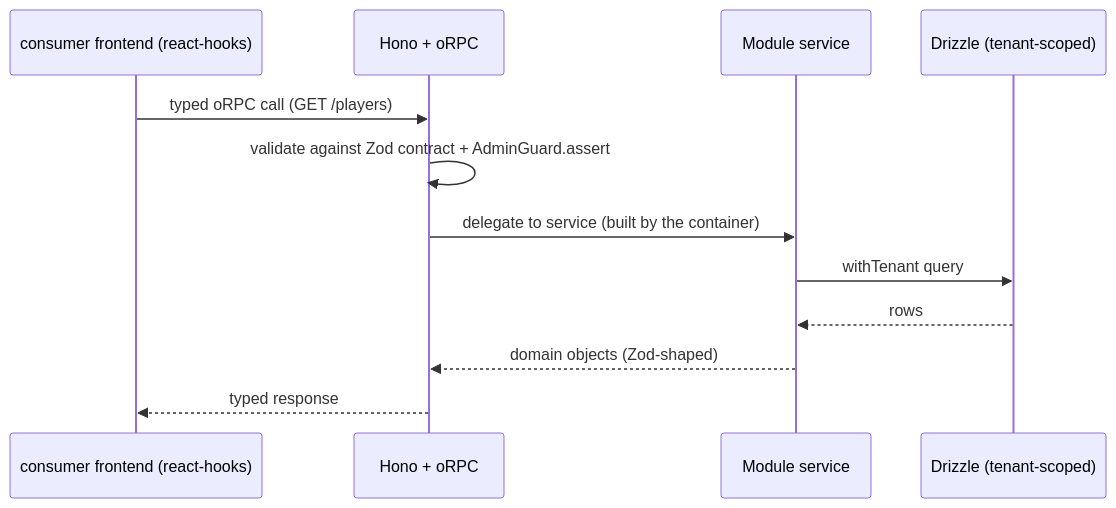
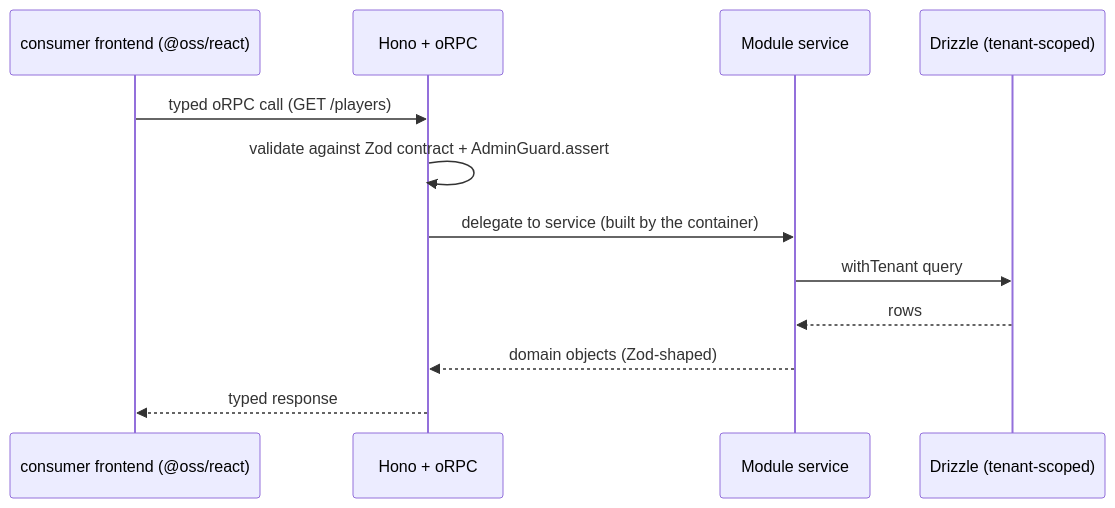
The second of 2 diagrams in docs/architecture.md (blurifycom/openora), drawn with Mermaid before and after one commit. The commit also changed other lines of this file and 36 other files, not shown here.

First line of the commit message:
refactor: rename @oss/react-hooks to @oss/react

````diff
--- a/docs/architecture.md
+++ b/docs/architecture.md
@@ -127,15 +125,15 @@
 ```mermaid
 sequenceDiagram
-  participant UI as consumer frontend (react-hooks)
+  participant UI as consumer frontend (@oss/react)
   participant API as Hono + oRPC
   participant Mod as Module service
   participant DB as Drizzle (tenant-scoped)
 
   UI->>API: typed oRPC call (GET /players)
   API->>API: validate against Zod contract + AdminGuard.assert
   API->>Mod: delegate to service (built by the container)
   Mod->>DB: withTenant query
   DB-->>Mod: rows
   Mod-->>API: domain objects (Zod-shaped)
   API-->>UI: typed response
 ```
````
